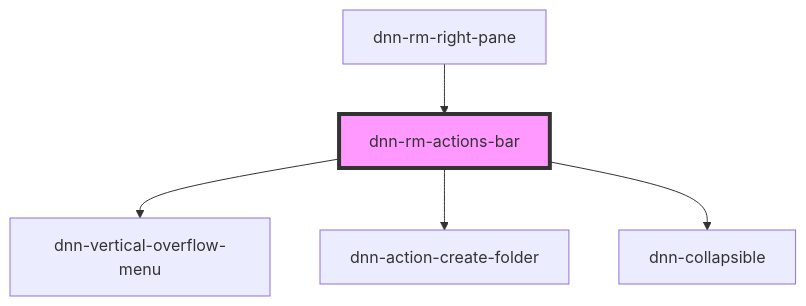
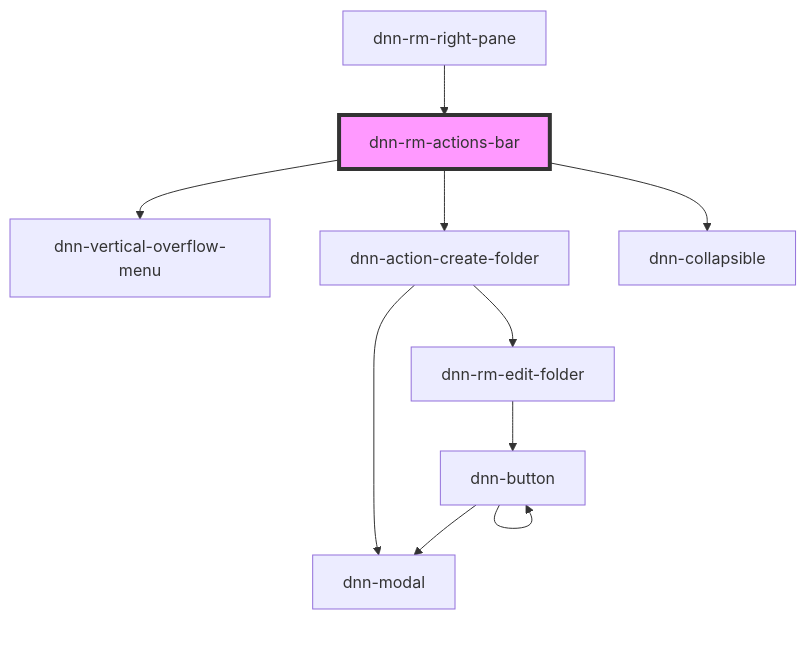
The diagram in DNN Platform/Modules/ResourceManager/ResourceManager.Web/src/components/dnn-rm-actions-bar/readme.md (dnnsoftware/Dnn.Platform), drawn with Mermaid before and after one commit. The commit also changed 14 other files, not shown here.

Commit message:
Finished Create Folder implementation

````diff
--- a/DNN Platform/Modules/ResourceManager/ResourceManager.Web/src/components/dnn-rm-actions-bar/readme.md
+++ b/DNN Platform/Modules/ResourceManager/ResourceManager.Web/src/components/dnn-rm-actions-bar/readme.md
@@ -21,8 +21,13 @@
 ```mermaid
 graph TD;
   dnn-rm-actions-bar --> dnn-vertical-overflow-menu
   dnn-rm-actions-bar --> dnn-action-create-folder
   dnn-rm-actions-bar --> dnn-collapsible
+  dnn-action-create-folder --> dnn-modal
+  dnn-action-create-folder --> dnn-rm-edit-folder
+  dnn-rm-edit-folder --> dnn-button
+  dnn-button --> dnn-modal
+  dnn-button --> dnn-button
   dnn-rm-right-pane --> dnn-rm-actions-bar
   style dnn-rm-actions-bar fill:#f9f,stroke:#333,stroke-width:4px
 ```
````
